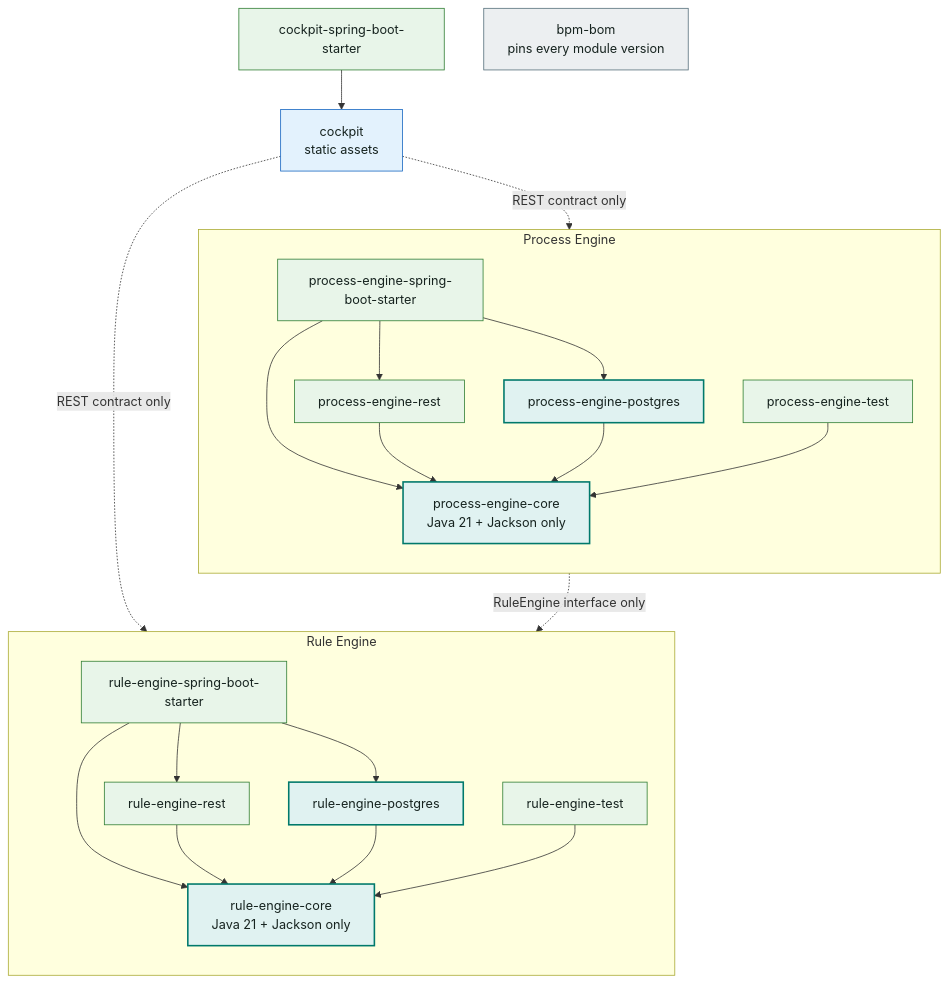
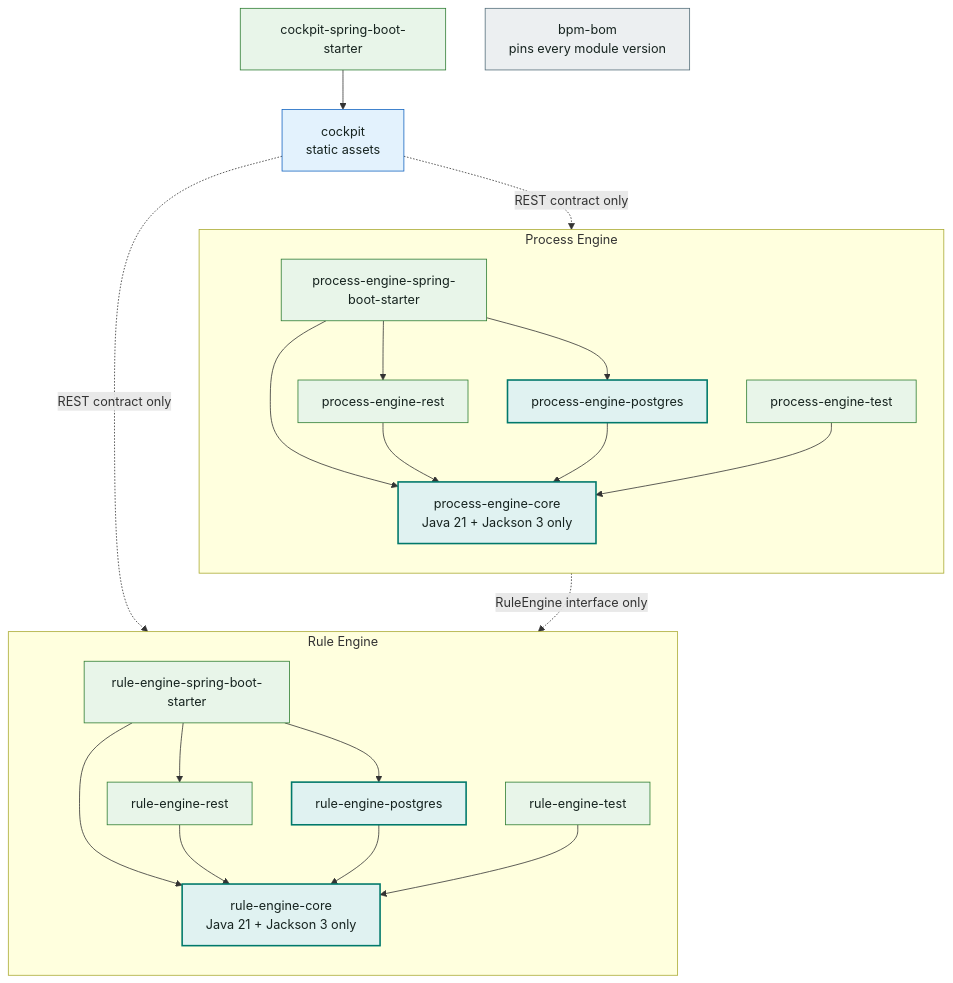
One commit to dhluong90/horus-Agentic-BPM changed the diagram in docs/architecture/diagrams/module-structure.mmd. Above: the diagram before and after it, drawn with Mermaid. The commit also changed 47 other files, not shown here.

```diff
--- a/docs/architecture/diagrams/module-structure.mmd
+++ b/docs/architecture/diagrams/module-structure.mmd
@@ -1,45 +1,45 @@
 flowchart TB
   subgraph RuleEngine["Rule Engine"]
     direction TB
     RS["rule-engine-spring-boot-starter"]
     RR["rule-engine-rest"]
     RP["rule-engine-postgres"]
     RT["rule-engine-test"]
-    RC["rule-engine-core<br/>Java 21 + Jackson only"]
+    RC["rule-engine-core<br/>Java 21 + Jackson 3 only"]
     RS --> RR
     RS --> RP
     RS --> RC
     RR --> RC
     RP --> RC
     RT --> RC
   end
   subgraph ProcessEngine["Process Engine"]
     direction TB
     PS["process-engine-spring-boot-starter"]
     PR["process-engine-rest"]
     PP["process-engine-postgres"]
     PT["process-engine-test"]
-    PC["process-engine-core<br/>Java 21 + Jackson only"]
+    PC["process-engine-core<br/>Java 21 + Jackson 3 only"]
     PS --> PR
     PS --> PP
     PS --> PC
     PR --> PC
     PP --> PC
     PT --> PC
   end
   PC -.->|"RuleEngine interface only"| RC
   CK["cockpit<br/>static assets"] -.->|"REST contract only"| RR
   CK -.->|"REST contract only"| PR
   CKS["cockpit-spring-boot-starter"] --> CK
   BOM["bpm-bom<br/>pins every module version"]
 
   classDef client fill:#E3F2FD,stroke:#1565C0,color:#16231F
   classDef host fill:#E8F5E9,stroke:#2E7D32,color:#16231F
   classDef engine fill:#E0F2F1,stroke:#00796B,stroke-width:2px,color:#16231F
   classDef db fill:#FFF8E1,stroke:#F9A825,color:#16231F
   classDef external fill:#F3E5F5,stroke:#6A1B9A,color:#16231F
   classDef obs fill:#ECEFF1,stroke:#546E7A,color:#16231F
   class RC,PC,RP,PP engine
   class RS,PS,RR,PR,RT,PT,CKS host
   class CK client
   class BOM obs
```
